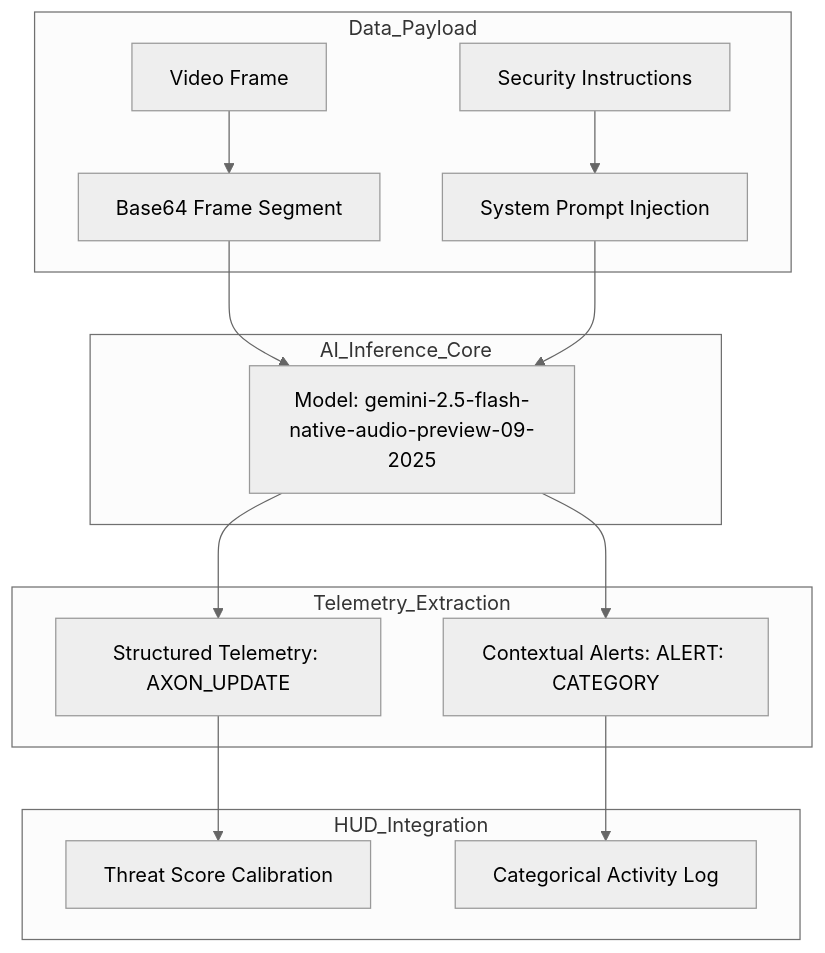
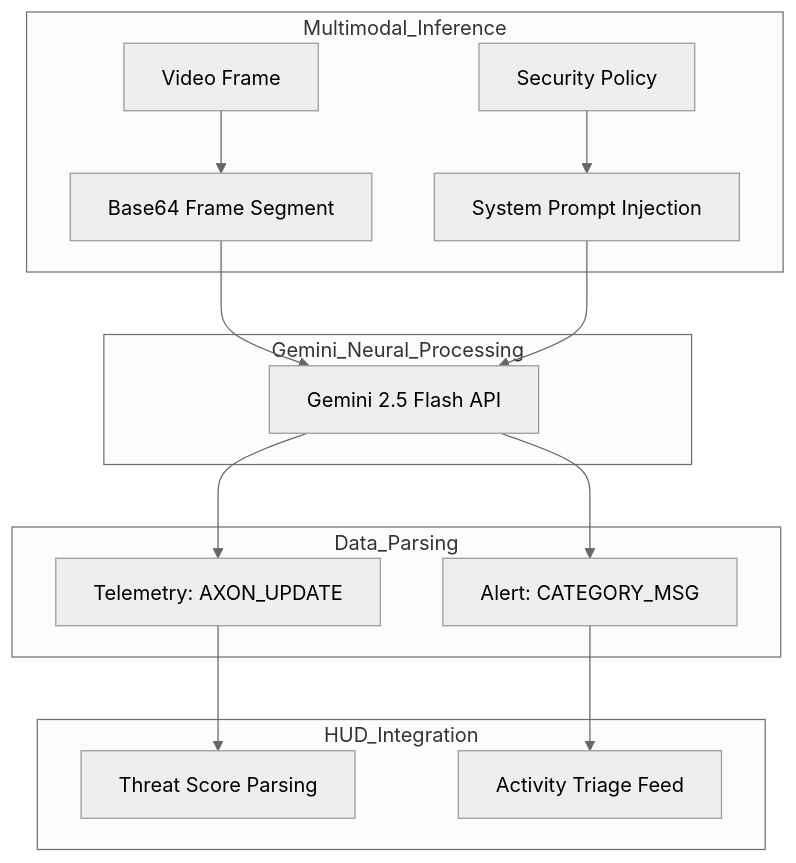
Before and after one commit to ritvikindupuri/FSD_Security: the third of 3 diagrams in documentation.md, drawn with Mermaid (neutral theme). The commit also changed other lines of this file, not shown here.

````diff
--- a/documentation.md
+++ b/documentation.md
@@ -93,22 +99,22 @@
 ```mermaid
 graph TD
-    subgraph Data_Payload
+    subgraph Multimodal_Inference
     V[Video Frame] --> B64[Base64 Frame Segment]
-    P[Security Instructions] --> SI[System Prompt Injection]
+    P[Security Policy] --> SI[System Prompt Injection]
     end
     
-    subgraph AI_Inference_Core
-    B64 --> G25[Model: gemini-2.5-flash-native-audio-preview-09-2025]
+    subgraph Gemini_Neural_Processing
+    B64 --> G25[Gemini 2.5 Flash API]
     SI --> G25
     end
     
-    subgraph Telemetry_Extraction
-    G25 --> TS[Structured Telemetry: AXON_UPDATE]
-    G25 --> AL[Contextual Alerts: ALERT: CATEGORY]
+    subgraph Data_Parsing
+    G25 --> TS[Telemetry: AXON_UPDATE]
+    G25 --> AL[Alert: CATEGORY_MSG]
     end
     
     subgraph HUD_Integration
-    TS --> TH[Threat Score Calibration]
-    AL --> LOG[Categorical Activity Log]
+    TS --> TH[Threat Score Parsing]
+    AL --> LOG[Activity Triage Feed]
     end
 ```
````
